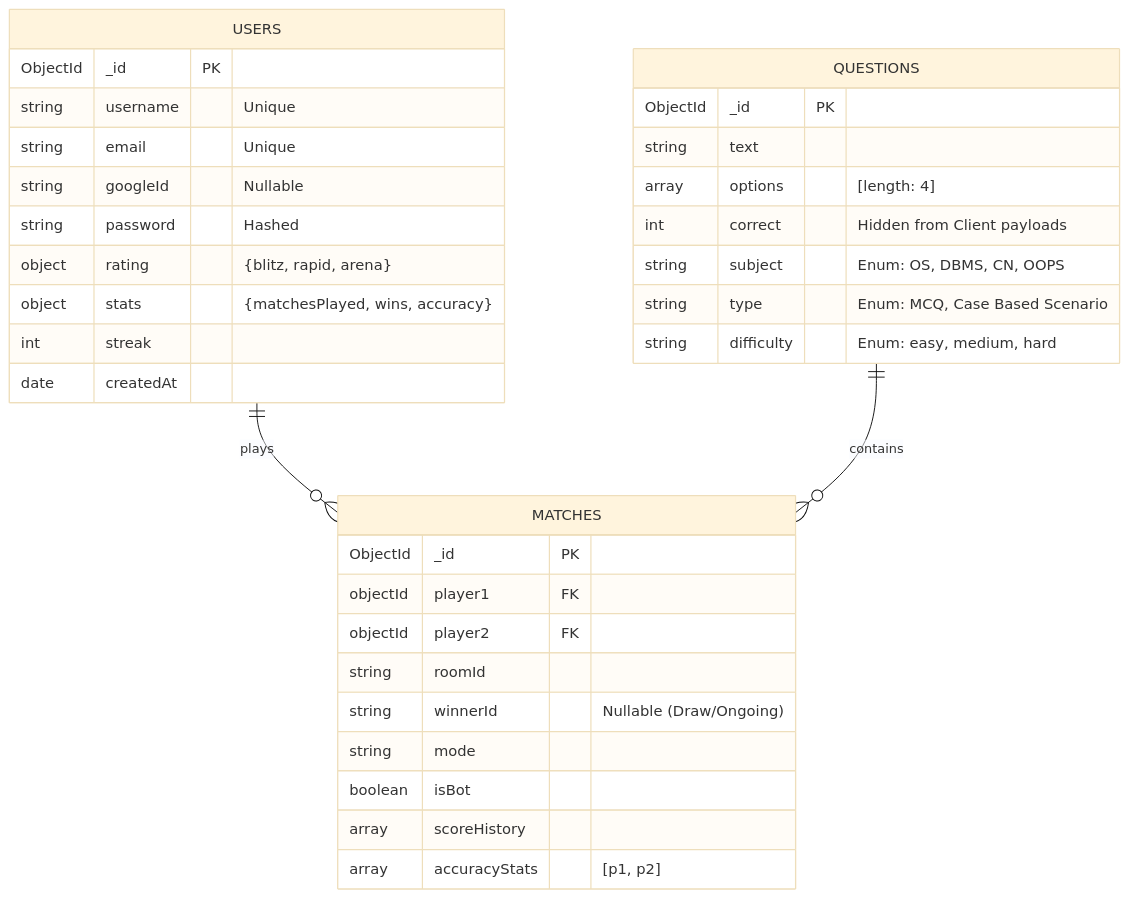
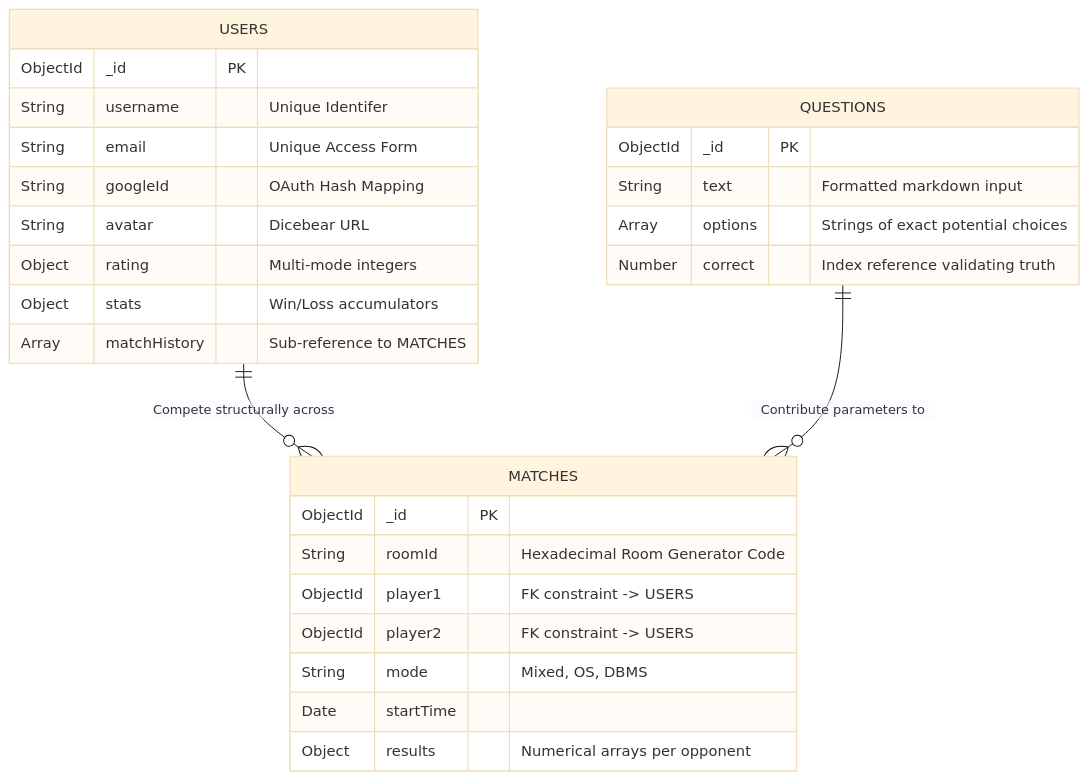
The fifth of 5 diagrams in README.md (sherlock-hashed/LunchBreak), drawn with Mermaid (base theme) before and after one commit. The commit also changed other lines of this file, not shown here.

````diff
--- a/README.md
+++ b/README.md
@@ -90,39 +217,31 @@
 ```mermaid
 erDiagram
     USERS {
         ObjectId _id PK
-        string username "Unique"
-        string email "Unique"
-        string googleId "Nullable"
-        string password "Hashed"
-        object rating "{blitz, rapid, arena}"
-        object stats "{matchesPlayed, wins, accuracy}"
-        int streak
-        date createdAt
+        String username "Unique Identifer"
+        String email "Unique Access Form"
+        String googleId "OAuth Hash Mapping"
+        String avatar "Dicebear URL"
+        Object rating "Multi-mode integers"
+        Object stats "Win/Loss accumulators"
+        Array matchHistory "Sub-reference to MATCHES"
+    }
+    MATCHES {
+        ObjectId _id PK
+        String roomId "Hexadecimal Room Generator Code"
+        ObjectId player1 "FK constraint -> USERS"
+        ObjectId player2 "FK constraint -> USERS"
+        String mode "Mixed, OS, DBMS"
+        Date startTime
+        Object results "Numerical arrays per opponent"
+    }
+    QUESTIONS {
+        ObjectId _id PK
+        String text "Formatted markdown input"
+        Array options "Strings of exact potential choices"
+        Number correct "Index reference validating truth"
     }
 
-    QUESTIONS {
-        ObjectId _id PK
-        string text
-        array options "[length: 4]"
-        int correct "Hidden from Client payloads"
-        string subject "Enum: OS, DBMS, CN, OOPS"
-        string type "Enum: MCQ, Case Based Scenario"
-        string difficulty "Enum: easy, medium, hard"
-    }
-
-    MATCHES {
-        ObjectId _id PK
-        objectId player1 FK
-        objectId player2 FK
-        string roomId 
-        string winnerId "Nullable (Draw/Ongoing)"
-        string mode
-        boolean isBot
-        array scoreHistory
-        array accuracyStats "[p1, p2]"
-    }
-
-    USERS ||--o{ MATCHES : plays
-    QUESTIONS ||--o{ MATCHES : contains
+    USERS ||--o{ MATCHES : "Compete structurally across"
+    QUESTIONS ||--o{ MATCHES : "Contribute parameters to"
 ```
````
